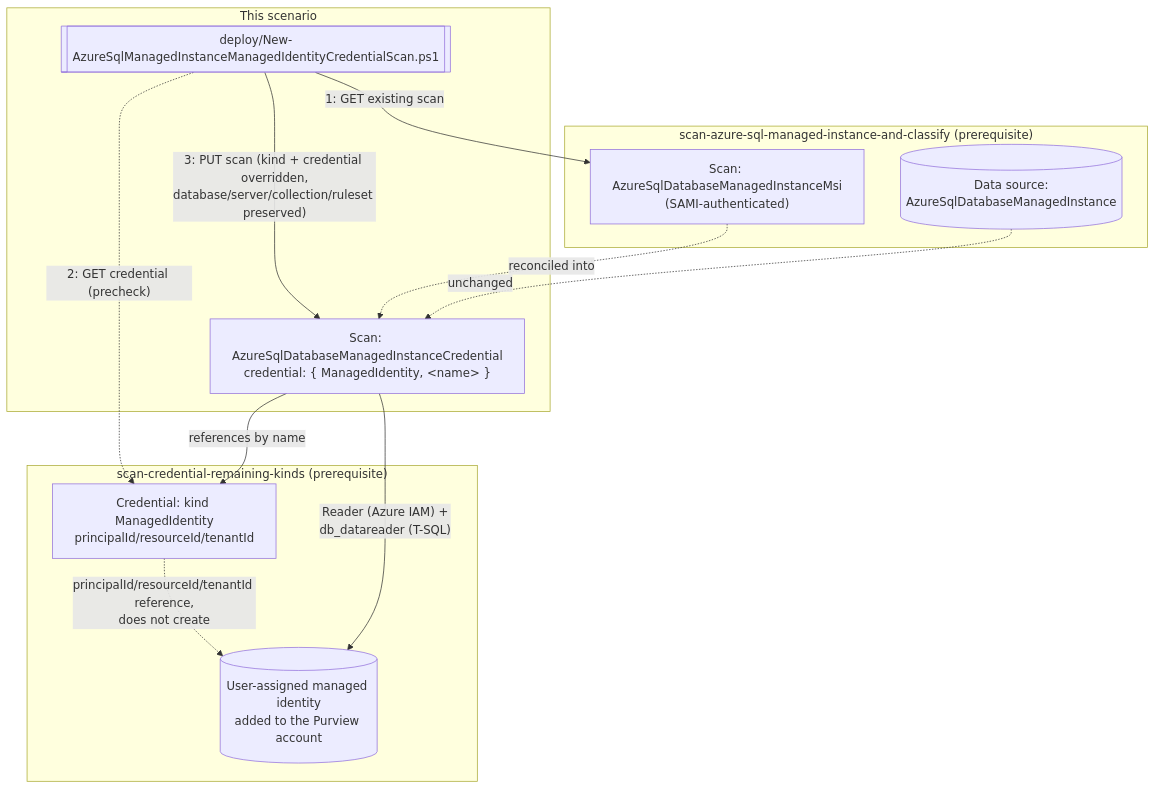
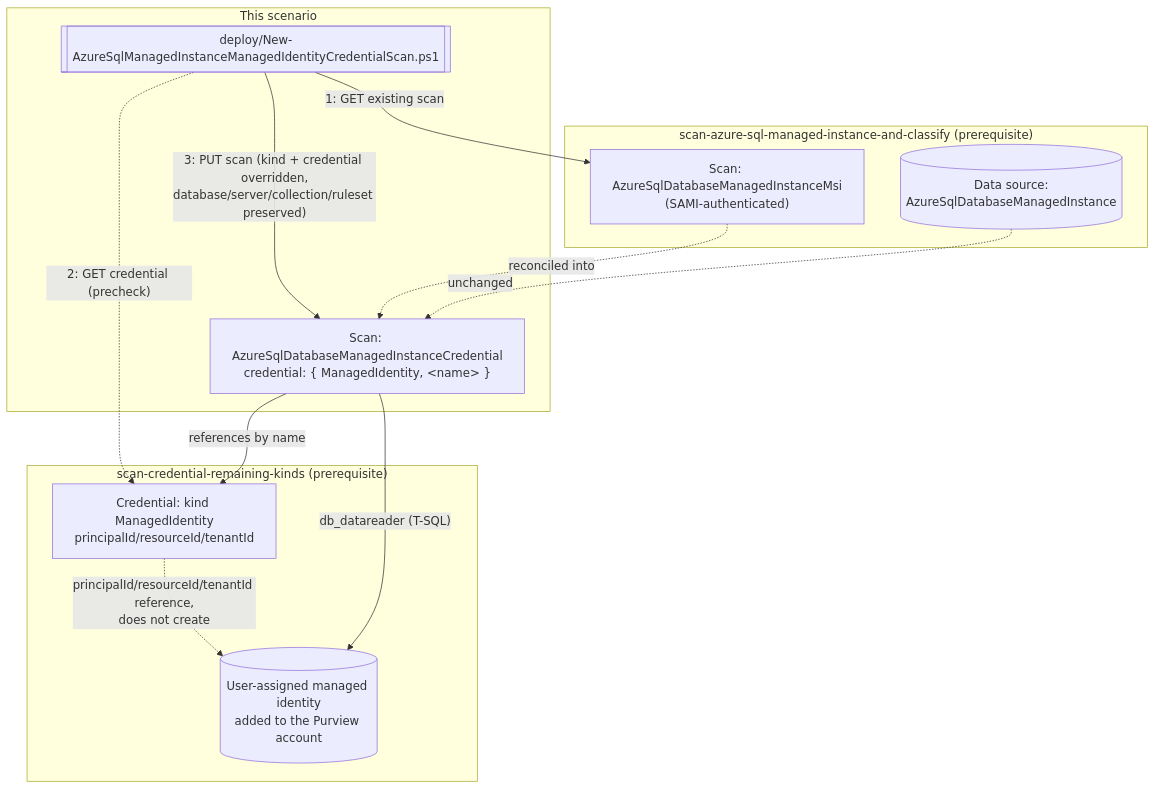
The diagram in scenarios/data-map/scan-azure-sql-managed-instance-and-classify-managed-identity-credential/design.md (kpsec1/purview-scenario-library), drawn with Mermaid before and after one commit. The commit also changed other lines of this file and 9 other files, not shown here.

First line of the commit message:
docs(data-map): correct Managed Instance IAM Reader claim, close VERIFY

````diff
--- a/scenarios/data-map/scan-azure-sql-managed-instance-and-classify-managed-identity-credential/design.md
+++ b/scenarios/data-map/scan-azure-sql-managed-instance-and-classify-managed-identity-credential/design.md
@@ -48,27 +51,27 @@
 ```mermaid
 flowchart TD
     subgraph Base["scan-azure-sql-managed-instance-and-classify (prerequisite)"]
         DS[(Data source:<br/>AzureSqlDatabaseManagedInstance)]
         SAMIScan["Scan: AzureSqlDatabaseManagedInstanceMsi<br/>(SAMI-authenticated)"]
     end
 
     subgraph CredScenario["scan-credential-remaining-kinds (prerequisite)"]
         UAMI[("User-assigned managed identity<br/>added to the Purview account")]
         Cred["Credential: kind ManagedIdentity<br/>principalId/resourceId/tenantId"]
     end
 
     subgraph ThisScenario["This scenario"]
         Deployer[["deploy/New-AzureSqlManagedInstanceManagedIdentityCredentialScan.ps1"]]
         CredScan["Scan: AzureSqlDatabaseManagedInstanceCredential<br/>credential: { ManagedIdentity, &lt;name&gt; }"]
     end
 
     Deployer -- "1: GET existing scan" --> SAMIScan
     Deployer -. "2: GET credential (precheck)" .-> Cred
     Deployer -- "3: PUT scan (kind + credential overridden,<br/>database/server/collection/ruleset preserved)" --> CredScan
     SAMIScan -.->|reconciled into| CredScan
     CredScan -- "references by name" --> Cred
     Cred -. "principalId/resourceId/tenantId reference,<br/>does not create" .-> UAMI
-    CredScan -- "Reader (Azure IAM) +<br/>db_datareader (T-SQL)" --> UAMI
+    CredScan -- "db_datareader (T-SQL)" --> UAMI
 
     DS -.->|unchanged| CredScan
 ```
````
